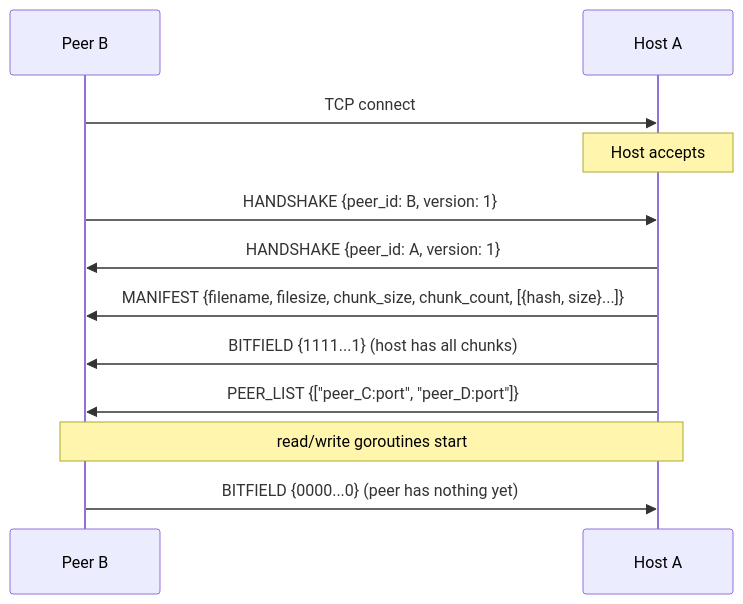
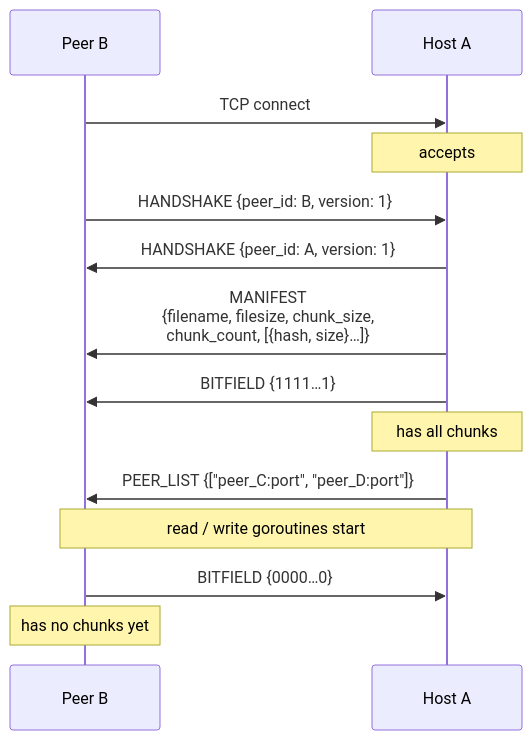
One commit to sophic00/peerwatch changed the first of 4 diagrams in docs/protocol_sequence.md. Above: the diagram before and after it, drawn with Mermaid. The commit also changed other lines of this file, not shown here.

Commit message:
docs: refine sequence diagrams in protocol documentation

````diff
--- a/docs/protocol_sequence.md
+++ b/docs/protocol_sequence.md
@@ -11,21 +11,23 @@
 ```mermaid
 sequenceDiagram
     participant B as Peer B
     participant A as Host A
 
     B->>A: TCP connect
-    note over A: Host accepts
+    note over A: accepts
 
     B->>A: HANDSHAKE {peer_id: B, version: 1}
     A->>B: HANDSHAKE {peer_id: A, version: 1}
 
-    A->>B: MANIFEST {filename, filesize, chunk_size, chunk_count, [{hash, size}...]}
+    A->>B: MANIFEST<br/>{filename, filesize, chunk_size,<br/>chunk_count, [{hash, size}…]}
 
-    A->>B: BITFIELD {1111...1} (host has all chunks)
+    A->>B: BITFIELD {1111…1}
+    note over A: has all chunks
 
     A->>B: PEER_LIST {["peer_C:port", "peer_D:port"]}
 
-    note over B,A: read/write goroutines start
+    note over B,A: read / write goroutines start
 
-    B->>A: BITFIELD {0000...0} (peer has nothing yet)
+    B->>A: BITFIELD {0000…0}
+    note over B: has no chunks yet
 ```
````
